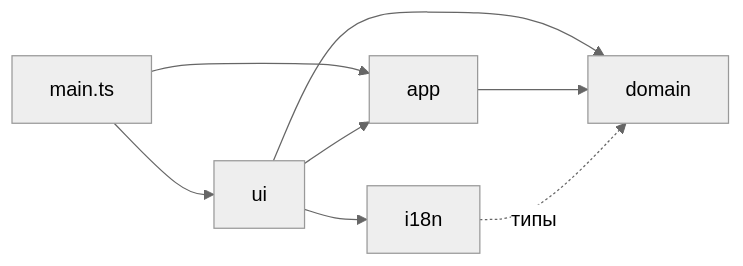
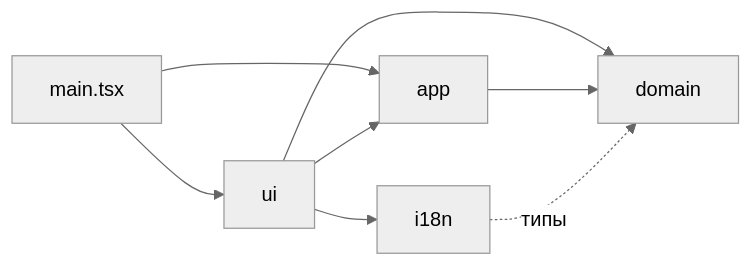
One commit to SergeyKrasnoslobodtsev/camera-calc changed the first of 2 diagrams in docs/architecture/ARCHITECTURE.md. Above: the diagram before and after it, drawn with Mermaid (neutral theme). The commit also changed other lines of this file and 7 other files, not shown here.

````diff
--- a/docs/architecture/ARCHITECTURE.md
+++ b/docs/architecture/ARCHITECTURE.md
@@ -20,10 +20,10 @@
 ```mermaid
 flowchart LR
-    main[main.ts] --> ui
+    main[main.tsx] --> ui
     main --> app
     ui --> app
     ui --> i18n
     ui --> domain
     app --> domain
     i18n -. типы .-> domain
 ```
````
